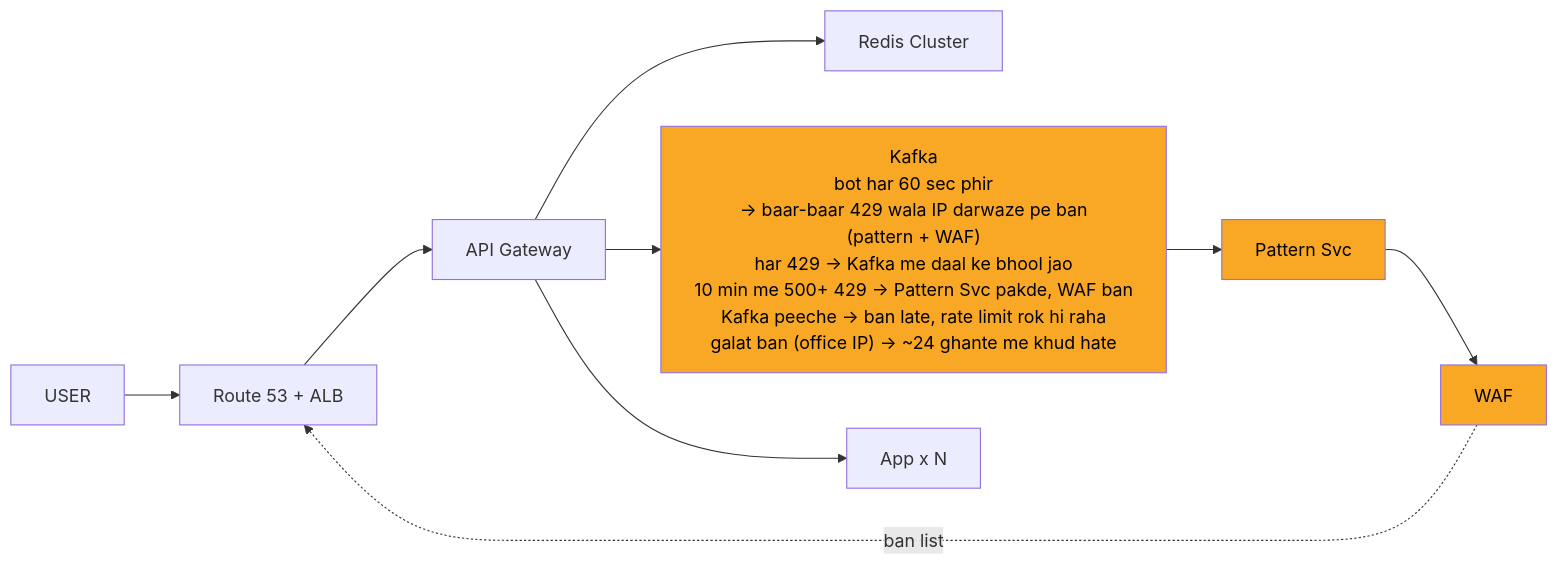
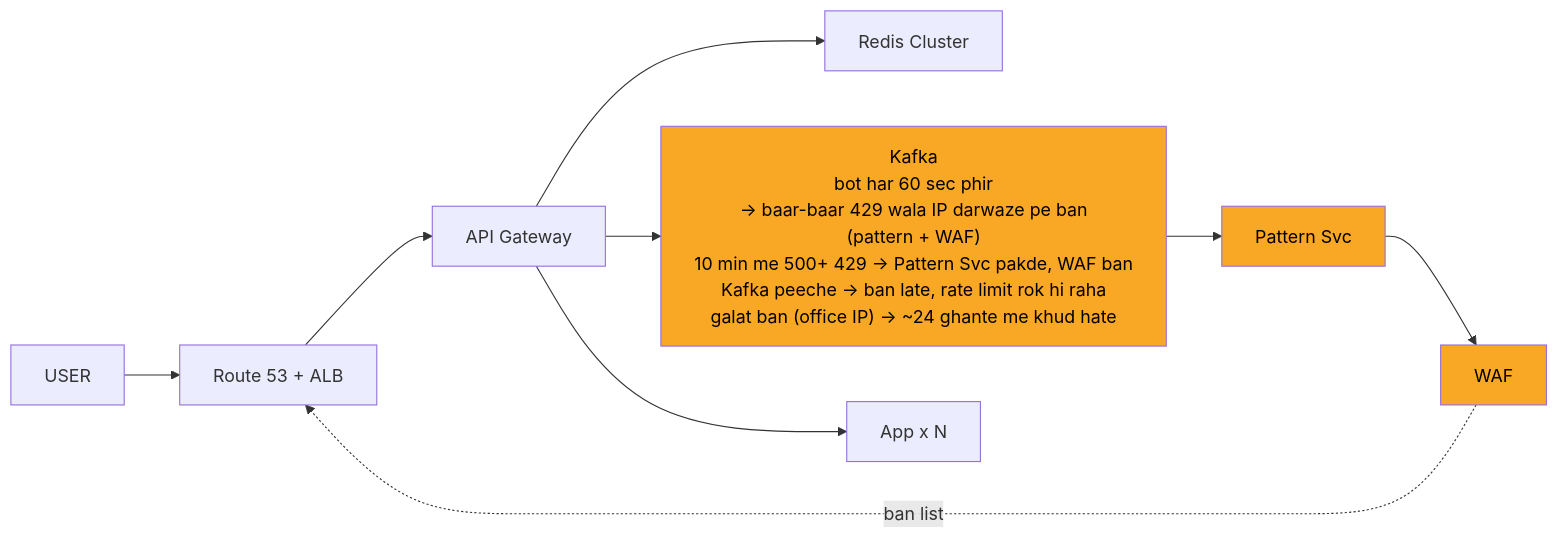
The seventh of 11 diagrams in 04_HLD/SYSTEM_DESIGNS/02_rate_limiter/02_rate_limiter.md (ArpanMaheshwari144/Prep), drawn with Mermaid before and after one commit. The commit also changed other lines of this file and 13 other files, not shown here.

````diff
--- a/04_HLD/SYSTEM_DESIGNS/02_rate_limiter/02_rate_limiter.md
+++ b/04_HLD/SYSTEM_DESIGNS/02_rate_limiter/02_rate_limiter.md
@@ -294,23 +294,23 @@
 ```mermaid
 %%{init: {"flowchart": {"wrappingWidth": 450}}}%%
 flowchart LR
     n_USER["USER"]
     n_EDGE["Route 53 + ALB"]
     n_API_Gateway["API Gateway"]
     n_Redis_Cluster["Redis Cluster"]
-    n_Kafka["Kafka<br/>bot har 60 sec phir<br/>-> baar-baar 429 wala IP darwaze pe ban<br/>(pattern + WAF)<br/>har 429 -> Kafka me daal ke bhool jao<br/>10 min me 500+ 429 -> Pattern Svc pakde, WAF ban<br/>Kafka peeche -> ban late, rate limit rok hi raha<br/>galat ban (office IP) -> ~24 ghante me khud hate"]
+    n_Kafka["Kafka<br/>bot har 60 sec phir<br/>-> baar-baar 429 wala IP darwaze pe ban<br/>(pattern + WAF)<br/>10 min me 500+ 429 -> Pattern Svc pakde, WAF ban<br/>Kafka peeche -> ban late, rate limit rok hi raha<br/>galat ban (office IP) -> ~24 ghante me khud hate"]
     n_Pattern_Svc["Pattern Svc"]
     n_WAF["WAF"]
     n_App_xN["App x N"]
     n_EDGE --> n_API_Gateway
     n_API_Gateway --> n_Redis_Cluster
     n_API_Gateway --> n_App_xN
     n_Kafka --> n_Pattern_Svc
     n_Pattern_Svc --> n_WAF
     n_API_Gateway --> n_Kafka
     n_USER --> n_EDGE
     n_WAF -.->|ban list| n_EDGE
     style n_Kafka fill:#f9a825,color:#000
     style n_Pattern_Svc fill:#f9a825,color:#000
     style n_WAF fill:#f9a825,color:#000
 ```
````
